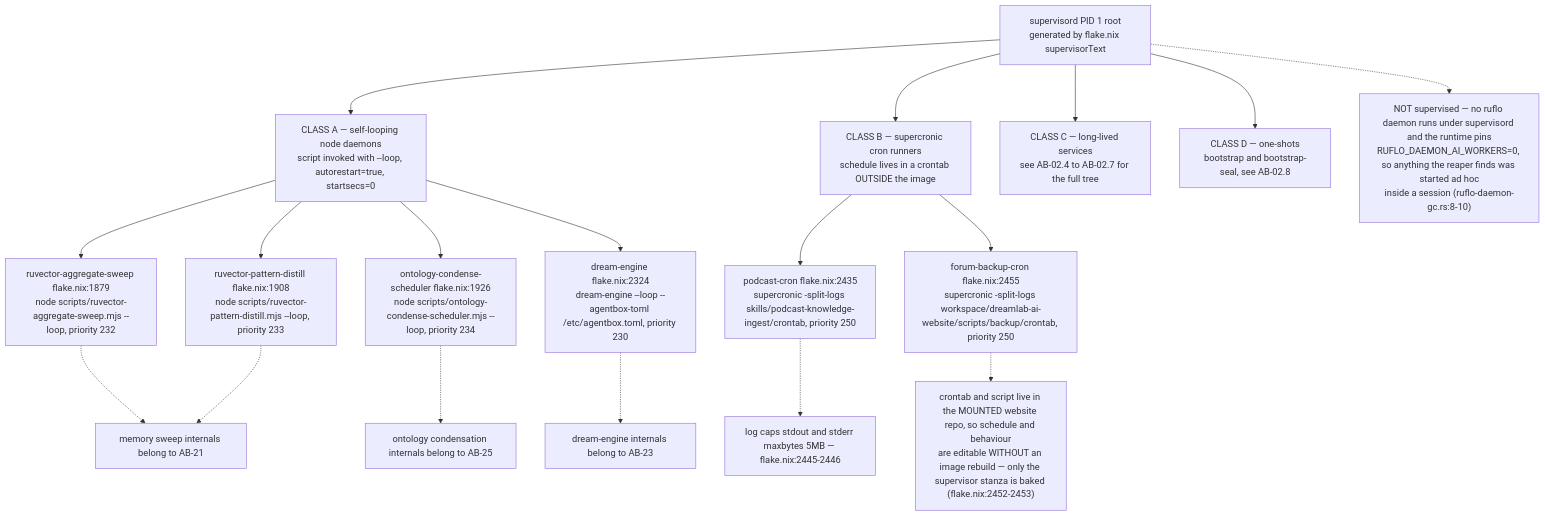
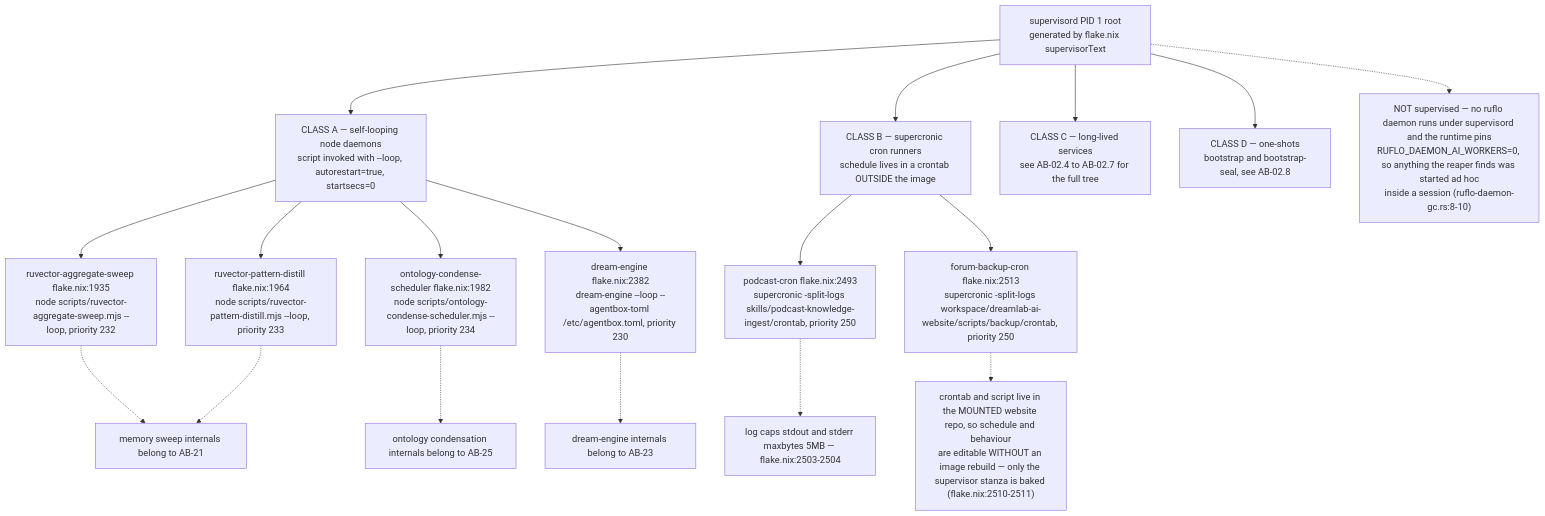
The first of 9 diagrams in docs/diagrams/agentbox/07-daemons-reapers-cron-backups.md (DreamLab-AI/VisionFlow), drawn with Mermaid before and after one commit. The commit also changed other lines of this file and 28 other files, not shown here.

````diff
--- a/docs/diagrams/agentbox/07-daemons-reapers-cron-backups.md
+++ b/docs/diagrams/agentbox/07-daemons-reapers-cron-backups.md
@@ -25,20 +25,20 @@
 ```mermaid
 flowchart TD
     SUP["supervisord PID 1 root<br/>generated by flake.nix supervisorText"] --> C1["CLASS A — self-looping node daemons<br/>script invoked with --loop, autorestart=true, startsecs=0"]
     SUP --> C2["CLASS B — supercronic cron runners<br/>schedule lives in a crontab OUTSIDE the image"]
     SUP --> C3["CLASS C — long-lived services<br/>see AB-02.4 to AB-02.7 for the full tree"]
     SUP --> C4["CLASS D — one-shots<br/>bootstrap and bootstrap-seal, see AB-02.8"]
-    C1 --> A1["ruvector-aggregate-sweep flake.nix:1879<br/>node scripts/ruvector-aggregate-sweep.mjs --loop, priority 232"]
-    C1 --> A2["ruvector-pattern-distill flake.nix:1908<br/>node scripts/ruvector-pattern-distill.mjs --loop, priority 233"]
-    C1 --> A3["ontology-condense-scheduler flake.nix:1926<br/>node scripts/ontology-condense-scheduler.mjs --loop, priority 234"]
-    C1 --> A4["dream-engine flake.nix:2324<br/>dream-engine --loop --agentbox-toml /etc/agentbox.toml, priority 230"]
-    C2 --> B1["podcast-cron flake.nix:2435<br/>supercronic -split-logs skills/podcast-knowledge-ingest/crontab, priority 250"]
-    C2 --> B2["forum-backup-cron flake.nix:2455<br/>supercronic -split-logs workspace/dreamlab-ai-website/scripts/backup/crontab, priority 250"]
+    C1 --> A1["ruvector-aggregate-sweep flake.nix:1935<br/>node scripts/ruvector-aggregate-sweep.mjs --loop, priority 232"]
+    C1 --> A2["ruvector-pattern-distill flake.nix:1964<br/>node scripts/ruvector-pattern-distill.mjs --loop, priority 233"]
+    C1 --> A3["ontology-condense-scheduler flake.nix:1982<br/>node scripts/ontology-condense-scheduler.mjs --loop, priority 234"]
+    C1 --> A4["dream-engine flake.nix:2382<br/>dream-engine --loop --agentbox-toml /etc/agentbox.toml, priority 230"]
+    C2 --> B1["podcast-cron flake.nix:2493<br/>supercronic -split-logs skills/podcast-knowledge-ingest/crontab, priority 250"]
+    C2 --> B2["forum-backup-cron flake.nix:2513<br/>supercronic -split-logs workspace/dreamlab-ai-website/scripts/backup/crontab, priority 250"]
     A1 -.-> M1["memory sweep internals belong to AB-21"]
     A2 -.-> M1
     A3 -.-> M2["ontology condensation internals belong to AB-25"]
     A4 -.-> M3["dream-engine internals belong to AB-23"]
-    B1 -.-> N1["log caps stdout and stderr maxbytes 5MB — flake.nix:2445-2446"]
-    B2 -.-> N2["crontab and script live in the MOUNTED website repo, so schedule and behaviour<br/>are editable WITHOUT an image rebuild — only the supervisor stanza is baked (flake.nix:2452-2453)"]
+    B1 -.-> N1["log caps stdout and stderr maxbytes 5MB — flake.nix:2503-2504"]
+    B2 -.-> N2["crontab and script live in the MOUNTED website repo, so schedule and behaviour<br/>are editable WITHOUT an image rebuild — only the supervisor stanza is baked (flake.nix:2510-2511)"]
     SUP -.-> ADHOC["NOT supervised — no ruflo daemon runs under supervisord and the runtime pins<br/>RUFLO_DAEMON_AI_WORKERS=0, so anything the reaper finds was started ad hoc<br/>inside a session (ruflo-daemon-gc.rs:8-10)"]
 ```
````
